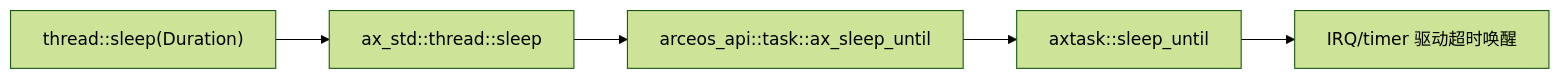
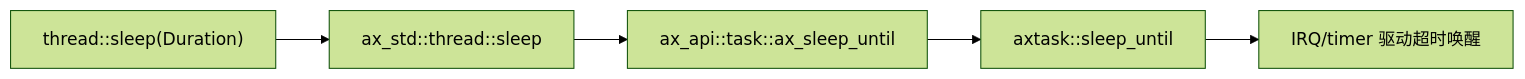
Before and after one commit to zKurisu/tgoskits: the first of 2 diagrams in docs/crates/arceos-sleep.md, drawn with Mermaid (forest theme). The commit also changed other lines of this file and 61 other files, not shown here.

Commit message:
rename arceos_api to ax-api

````diff
--- a/docs/crates/arceos-sleep.md
+++ b/docs/crates/arceos-sleep.md
@@ -26,7 +26,7 @@
 ```mermaid
 flowchart LR
     A["thread::sleep(Duration)"] --> B["ax_std::thread::sleep"]
-    B --> C["arceos_api::task::ax_sleep_until"]
+    B --> C["ax_api::task::ax_sleep_until"]
     C --> D["axtask::sleep_until"]
     D --> E["IRQ/timer 驱动超时唤醒"]
 ```
````
